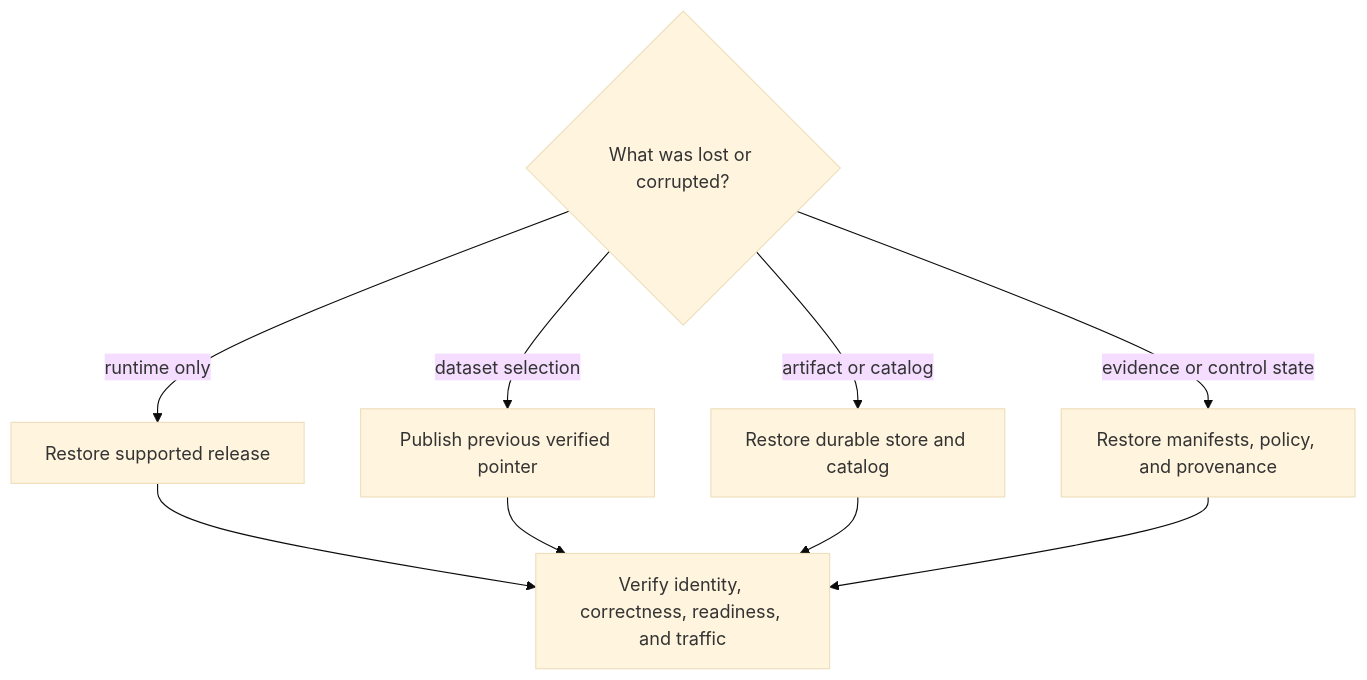
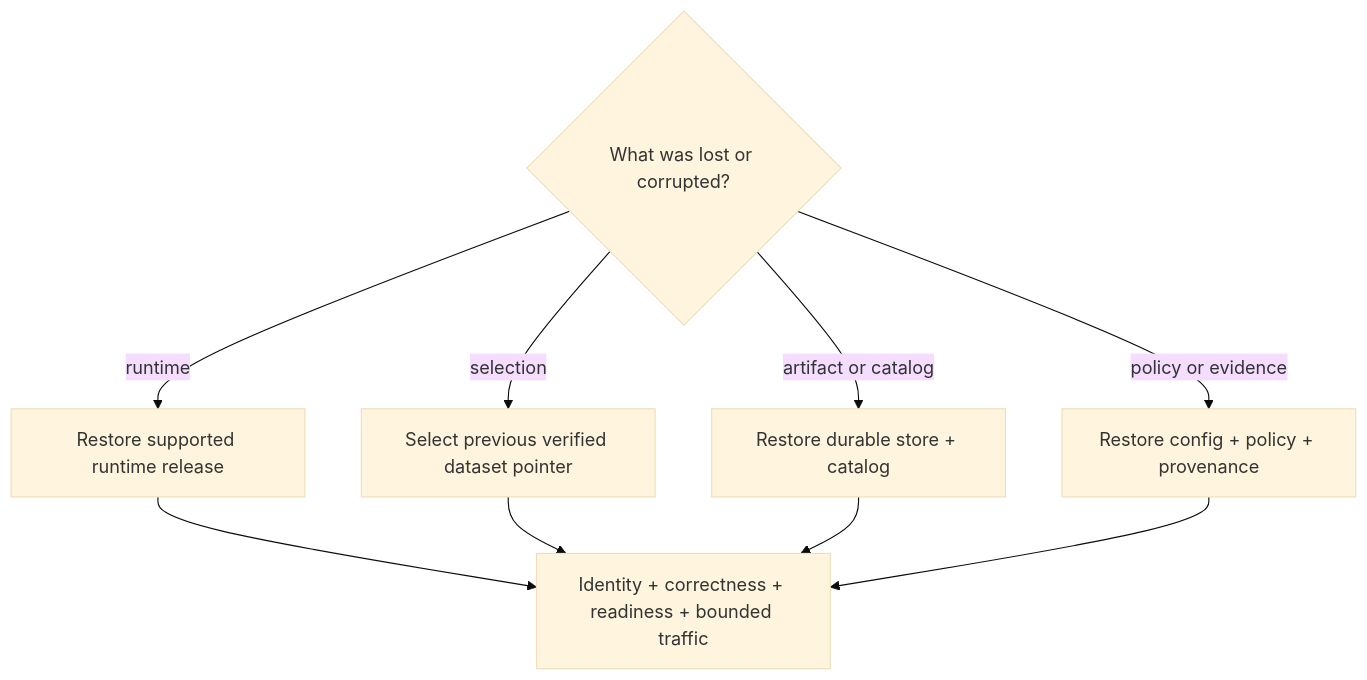
Before and after one commit to bijux/bijux-atlas: the first of 3 diagrams in docs/bijux-atlas-ops/release/backup-and-recovery.md, drawn with Mermaid (base theme). The commit also changed other lines of this file and 1 other file, not shown here.

Commit message:
docs(recovery): define coherent restore and channel custody

````diff
--- a/docs/bijux-atlas-ops/release/backup-and-recovery.md
+++ b/docs/bijux-atlas-ops/release/backup-and-recovery.md
@@ -19,12 +19,12 @@
 ```mermaid
 flowchart TD
-    Incident{"What was lost or corrupted?"}
-    Incident -->|runtime only| Runtime["Restore supported release"]
-    Incident -->|dataset selection| Pointer["Publish previous verified pointer"]
-    Incident -->|artifact or catalog| Store["Restore durable store and catalog"]
-    Incident -->|evidence or control state| Control["Restore manifests, policy, and provenance"]
-    Runtime --> Verify["Verify identity, correctness, readiness, and traffic"]
+    Loss{What was lost or corrupted?}
+    Loss -->|runtime| Runtime[Restore supported runtime release]
+    Loss -->|selection| Pointer[Select previous verified dataset pointer]
+    Loss -->|artifact or catalog| Store[Restore durable store + catalog]
+    Loss -->|policy or evidence| Control[Restore config + policy + provenance]
+    Runtime --> Verify[Identity + correctness + readiness + bounded traffic]
     Pointer --> Verify
     Store --> Verify
     Control --> Verify
 ```
````
